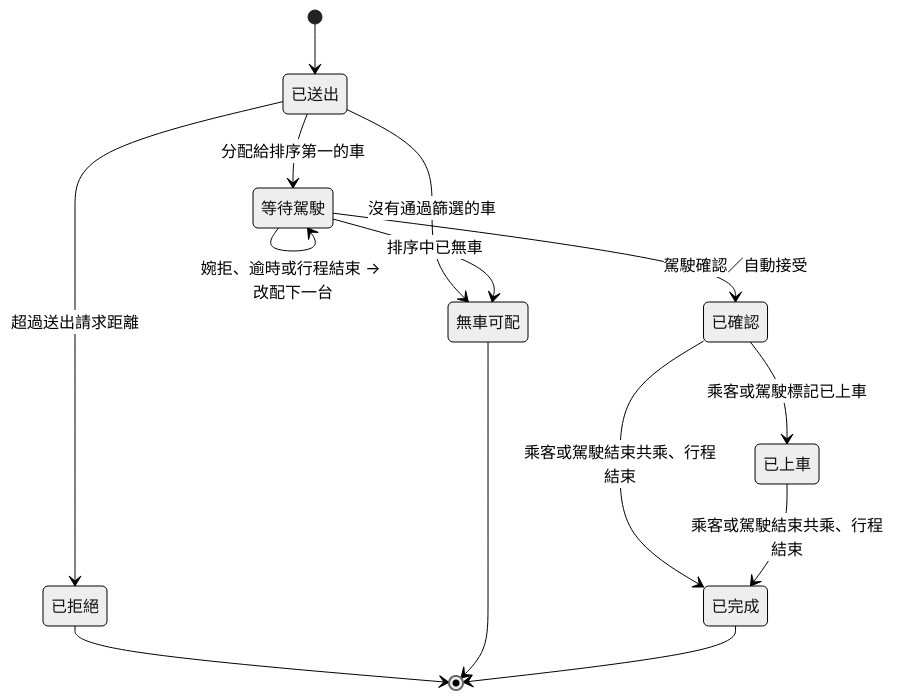
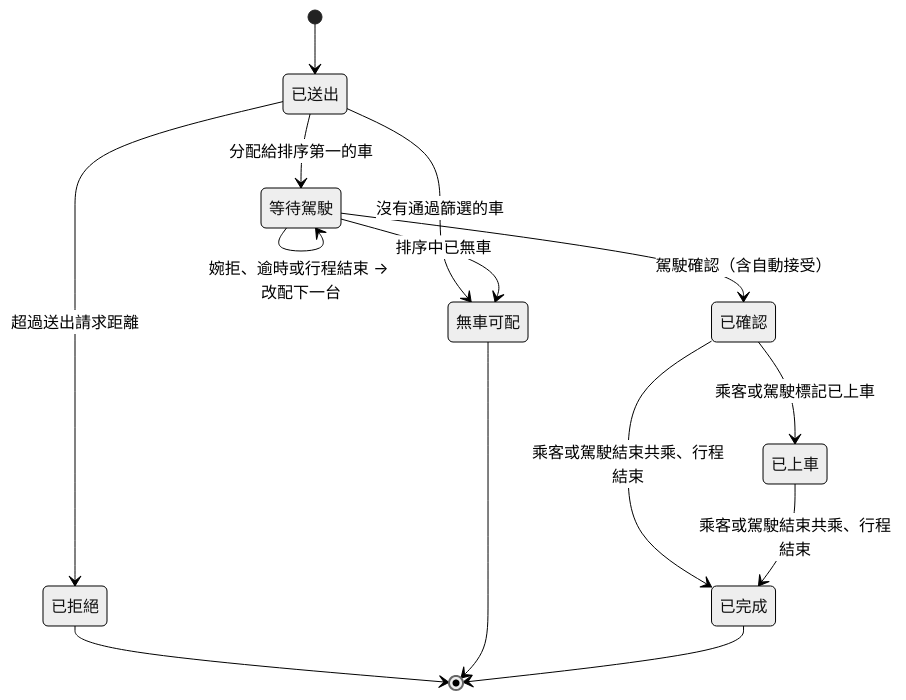
One commit to sohoffice/debugthon-carpool changed the eighth of 13 diagrams in docs/design.md. Above: the diagram before and after it, drawn with Mermaid (neutral theme). The commit also changed other lines of this file, not shown here.

````diff
--- a/docs/design.md
+++ b/docs/design.md
@@ -928,16 +940,16 @@
 ```mermaid
 stateDiagram-v2
     [*] --> 已送出
     已送出 --> 已拒絕: 超過送出請求距離
     已送出 --> 等待駕駛: 分配給排序第一的車
     已送出 --> 無車可配: 沒有通過篩選的車
-    等待駕駛 --> 已確認: 駕駛確認／自動接受
+    等待駕駛 --> 已確認: 駕駛確認（含自動接受）
     等待駕駛 --> 等待駕駛: 婉拒、逾時或行程結束 → 改配下一台
     等待駕駛 --> 無車可配: 排序中已無車
     已確認 --> 已上車: 乘客或駕駛標記已上車
     已確認 --> 已完成: 乘客或駕駛結束共乘、行程結束
     已上車 --> 已完成: 乘客或駕駛結束共乘、行程結束
     已拒絕 --> [*]
     無車可配 --> [*]
     已完成 --> [*]
 ```
````
